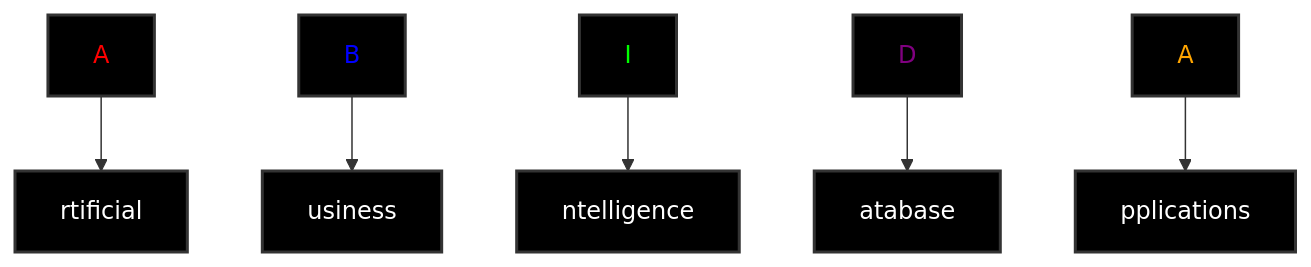
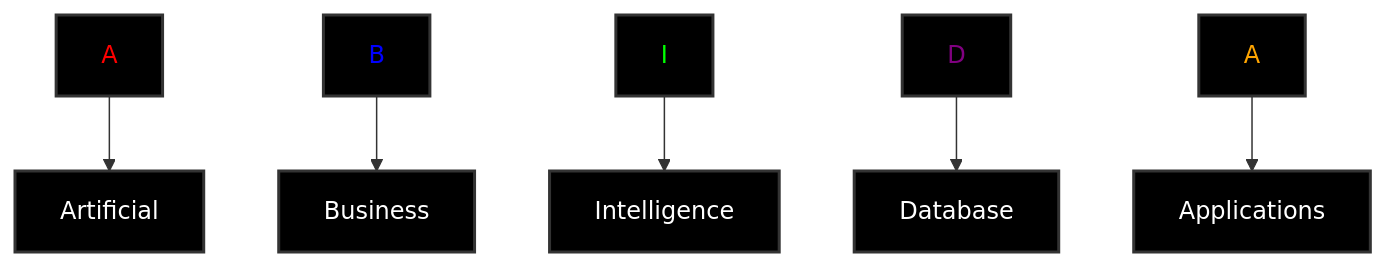
The diagram in README.md (JaewooJoung/Abida.jl), drawn with Mermaid before and after one commit.

````diff
--- a/README.md
+++ b/README.md
@@ -4,29 +4,29 @@
 ```mermaid
 graph TD;
     A1[A]:::red;
-    A2[rtificial];
+    A2[Artificial];
     B1[B]:::blue;
-    B2[usiness];
+    B2[Business];
     C1[I]:::green;
-    C2[ntelligence];
+    C2[Intelligence];
     D1[D]:::purple;
-    D2[atabase];
+    D2[Database];
     E1[A]:::orange;
-    E2[pplications];
+    E2[Applications];
 
     A1 --> A2;
     B1 --> B2;
     C1 --> C2;
     D1 --> D2;
     E1 --> E2;
 
     classDef red fill:#000,stroke:#333,stroke-width:2px,color:#f00;
     classDef blue fill:#000,stroke:#333,stroke-width:2px,color:#00f;
     classDef green fill:#000,stroke:#333,stroke-width:2px,color:#0f0;
     classDef purple fill:#000,stroke:#333,stroke-width:2px,color:#800080;
     classDef orange fill:#000,stroke:#333,stroke-width:2px,color:#ffa500;
     classDef default fill:#000,stroke:#333,stroke-width:2px,color:#fff;
 
     class A2,B2,C2,D2,E2 default;
 
 ```
````
